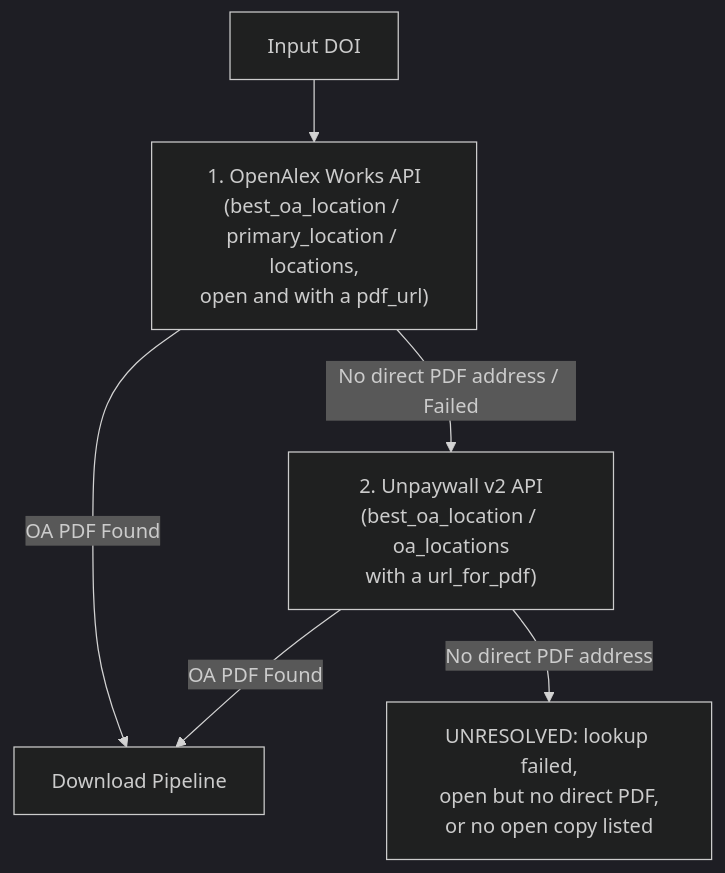
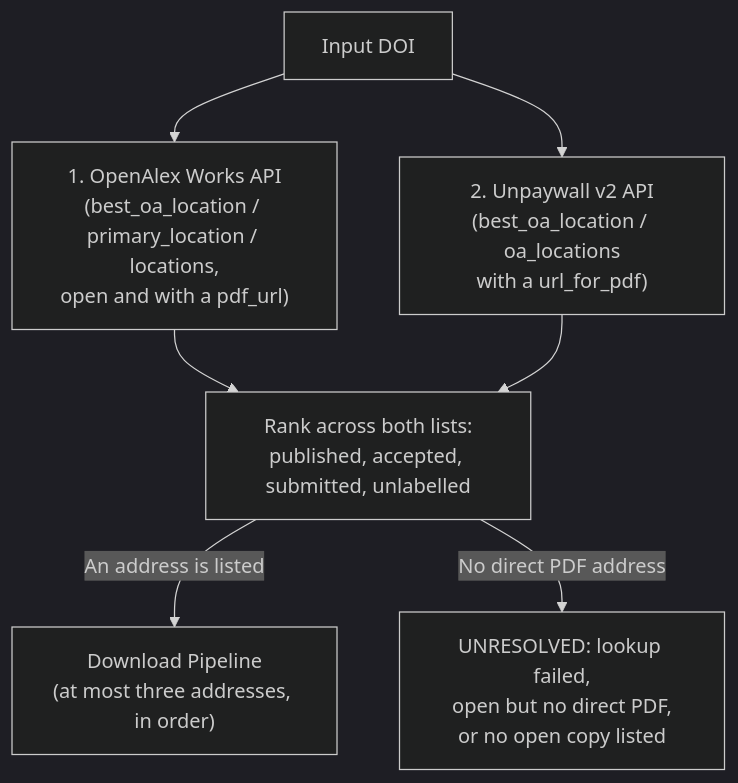
One commit to nexus-scholar-org/nexus-scholar-harness changed the diagram in .agents/skills/scholar-pdf-kit/references/resolution_and_download.md. Above: the diagram before and after it, drawn with Mermaid (dark theme). The commit also changed other lines of this file and 7 other files, not shown here.

First line of the commit message:
docs(pdf): the researcher's answers; both services asked for every DOI

````diff
--- a/.agents/skills/scholar-pdf-kit/references/resolution_and_download.md
+++ b/.agents/skills/scholar-pdf-kit/references/resolution_and_download.md
@@ -12,8 +13,9 @@
 ```mermaid
 flowchart TD
     DOI["Input DOI"] --> OA["1. OpenAlex Works API\n(best_oa_location / primary_location / locations,\nopen and with a pdf_url)"]
-    OA -- "OA PDF Found" --> DL["Download Pipeline"]
-    OA -- "No direct PDF address / Failed" --> UP["2. Unpaywall v2 API\n(best_oa_location / oa_locations\nwith a url_for_pdf)"]
-    UP -- "OA PDF Found" --> DL
-    UP -- "No direct PDF address" --> FAIL["UNRESOLVED: lookup failed,\nopen but no direct PDF,\nor no open copy listed"]
+    DOI --> UP["2. Unpaywall v2 API\n(best_oa_location / oa_locations\nwith a url_for_pdf)"]
+    OA --> RANK["Rank across both lists:\npublished, accepted, submitted, unlabelled"]
+    UP --> RANK
+    RANK -- "An address is listed" --> DL["Download Pipeline\n(at most three addresses, in order)"]
+    RANK -- "No direct PDF address" --> FAIL["UNRESOLVED: lookup failed,\nopen but no direct PDF,\nor no open copy listed"]
 ```
````
